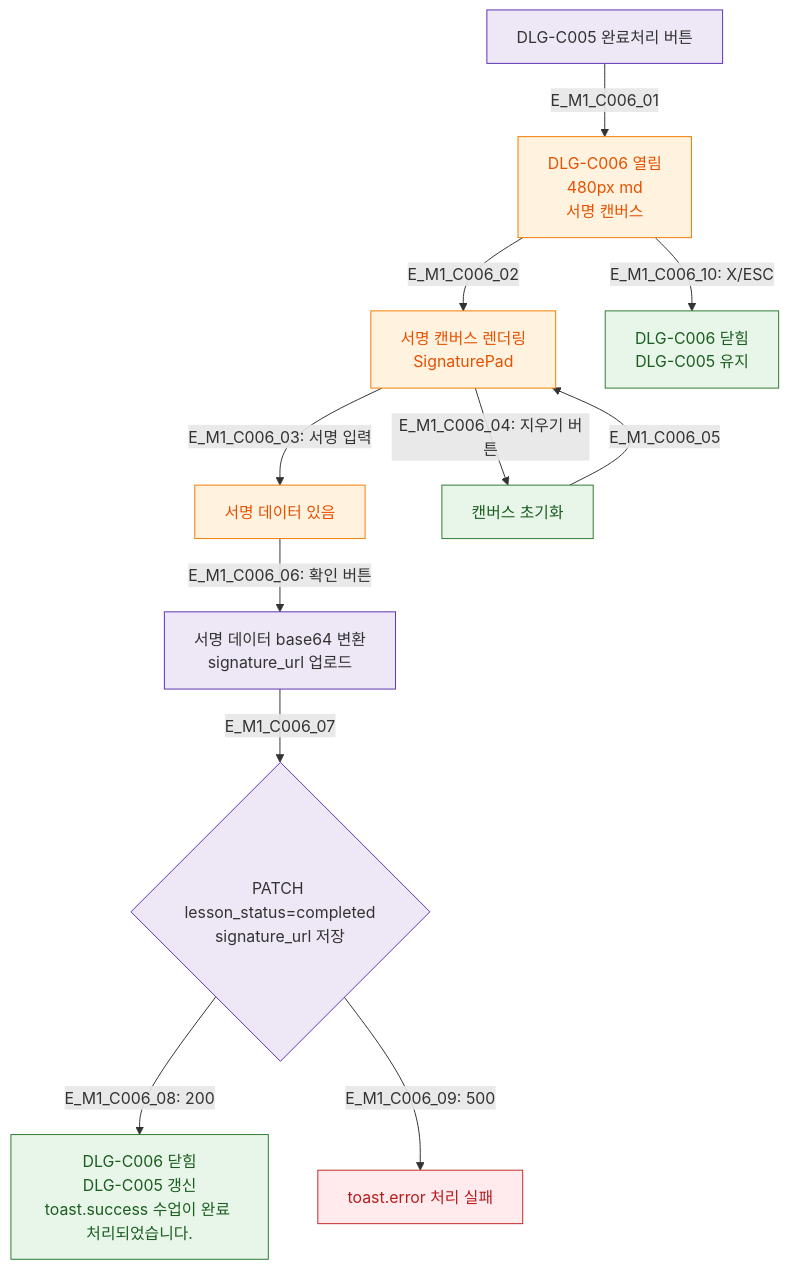
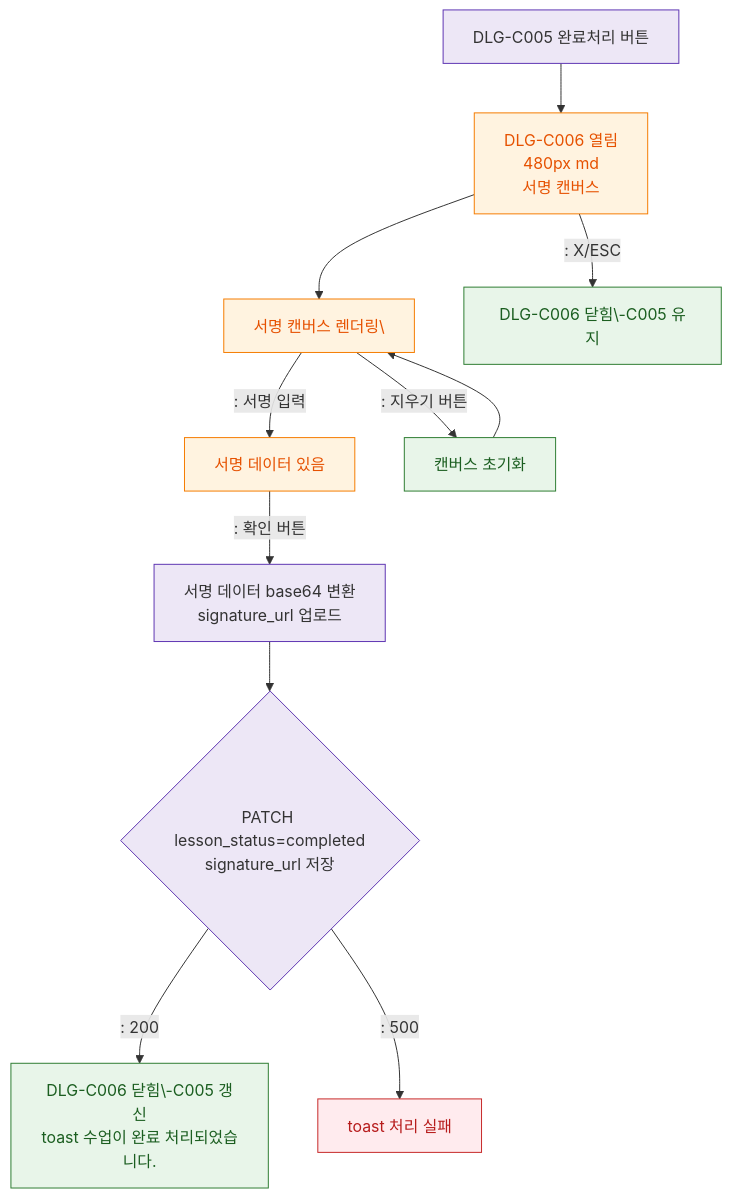
One commit to dev-spogym/admin-pando changed the diagram in docs/다이어그램/D04_수업관리/DLG/DLG-C006_서명/M1_생명주기.md. Above: the diagram before and after it, drawn with Mermaid. The commit also changed other lines of this file and 1660 other files, not shown here.

First line of the commit message:
다이어그램: 기획자/클라이언트 납품본으로 정리

````diff
--- a/docs/다이어그램/D04_수업관리/DLG/DLG-C006_서명/M1_생명주기.md
+++ b/docs/다이어그램/D04_수업관리/DLG/DLG-C006_서명/M1_생명주기.md
@@ -20,25 +18,25 @@
 ```mermaid
 flowchart TD
-  Trigger[DLG-C005 완료처리 버튼] -->|E_M1_C006_01| Open[DLG-C006 열림\n480px md\n서명 캔버스]
+  Trigger[DLG-C005 완료처리 버튼] --> Open[DLG-C006 열림\n480px md\n서명 캔버스]
 
-  Open -->|E_M1_C006_02| SignCanvas[서명 캔버스 렌더링\nSignaturePad]
-  SignCanvas -->|"E_M1_C006_03: 서명 입력"| HasSignature[서명 데이터 있음]
-  SignCanvas -->|"E_M1_C006_04: 지우기 버튼"| ClearCanvas[캔버스 초기화]
-  ClearCanvas -->|E_M1_C006_05| SignCanvas
+  Open --> SignCanvas[서명 캔버스 렌더링\]
+  SignCanvas -->|": 서명 입력"|HasSignature[서명 데이터 있음]
+  SignCanvas -->|": 지우기 버튼"|ClearCanvas[캔버스 초기화]
+  ClearCanvas --> SignCanvas
 
-  HasSignature -->|"E_M1_C006_06: 확인 버튼"| Submit[서명 데이터 base64 변환\nsignature_url 업로드]
-  Submit -->|E_M1_C006_07| SaveAPI{PATCH lesson_status=completed\nsignature_url 저장}
-  SaveAPI -->|"E_M1_C006_08: 200"| CloseChain[DLG-C006 닫힘\nDLG-C005 갱신\ntoast.success 수업이 완료 처리되었습니다.]
-  SaveAPI -->|"E_M1_C006_09: 500"| SaveErr[toast.error 처리 실패]
+  HasSignature -->|": 확인 버튼"|Submit[서명 데이터 base64 변환\nsignature_url 업로드]
+  Submit --> SaveAPI{PATCH lesson_status=completed\nsignature_url 저장}
+  SaveAPI -->|": 200"|CloseChain[DLG-C006 닫힘\-C005 갱신\ntoast 수업이 완료 처리되었습니다.]
+  SaveAPI -->|": 500"|SaveErr[toast 처리 실패]
 
-  Open -->|"E_M1_C006_10: X/ESC"| Close[DLG-C006 닫힘\nDLG-C005 유지]
+  Open -->|": X/ESC"|Close[DLG-C006 닫힘\-C005 유지]
 
   classDef modal fill:#FFF3E0,stroke:#F57C00,color:#E65100
   classDef system fill:#EDE7F6,stroke:#5E35B2
   classDef success fill:#E8F5E9,stroke:#2E7D32,color:#1B5E20
   classDef error fill:#FFEBEE,stroke:#C62828,color:#B71C1C
   class Open,SignCanvas,HasSignature modal
   class Trigger,Submit,SaveAPI system
   class CloseChain,Close,ClearCanvas success
   class SaveErr error
 ```
````
